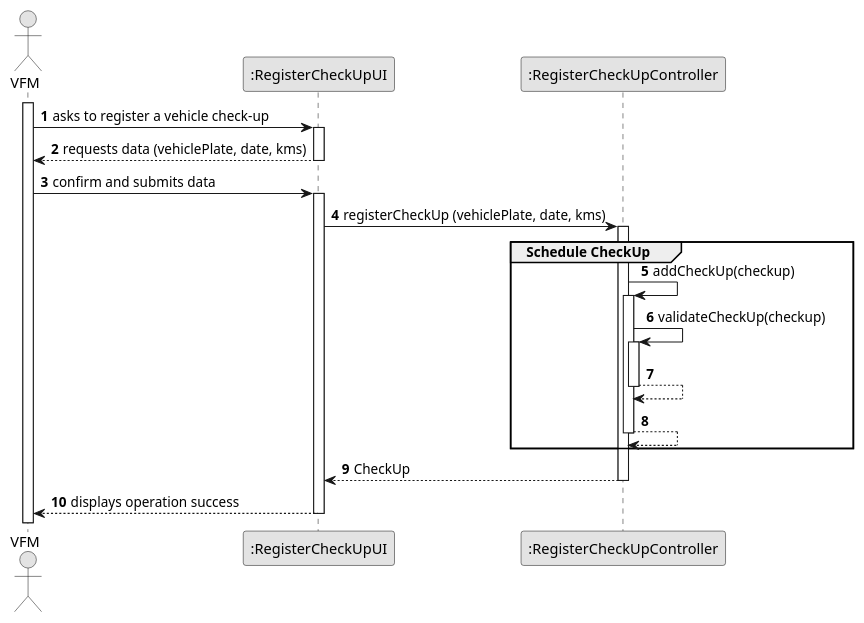
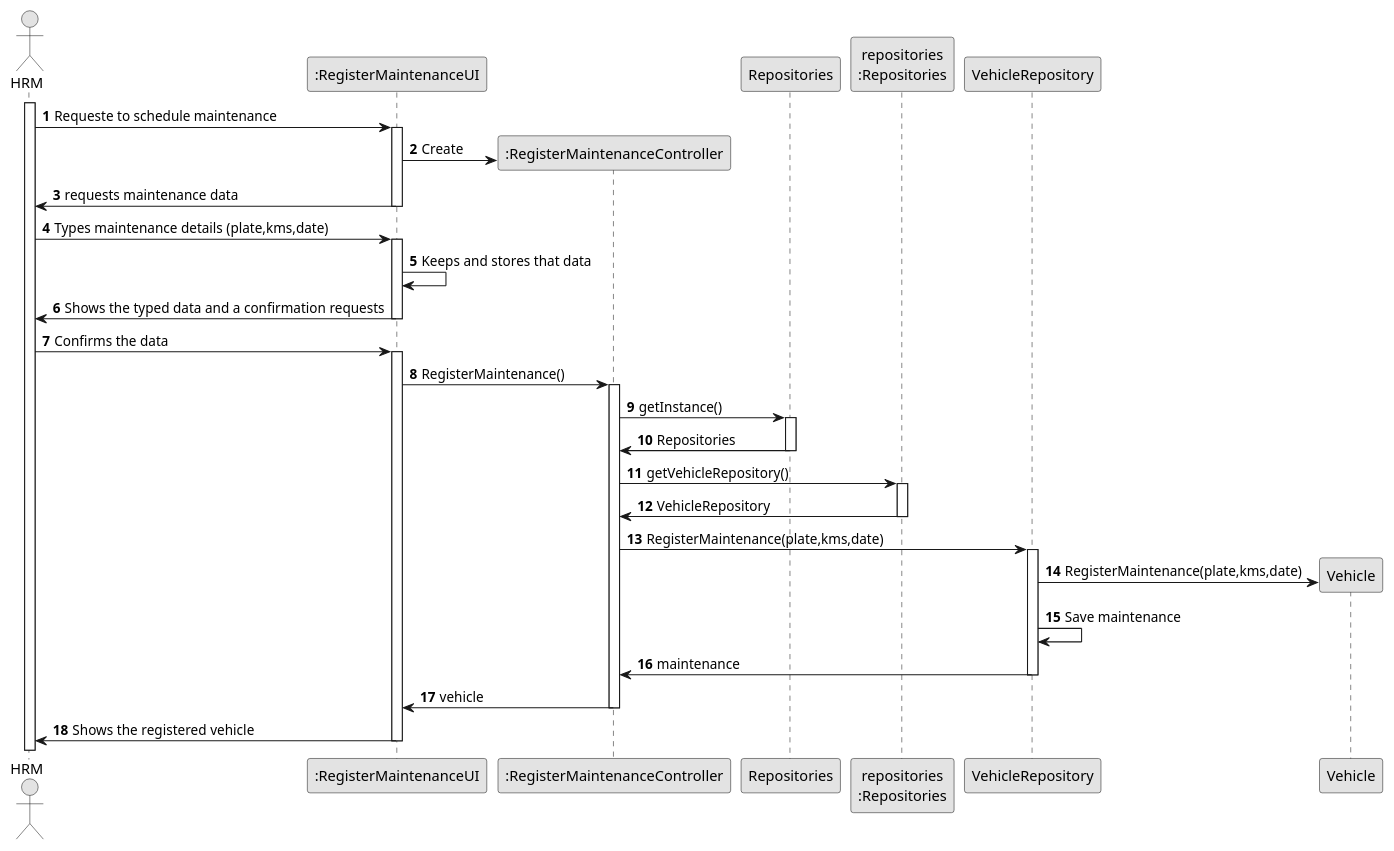
One commit to Departamento-de-Engenharia-Informatica/lei-24-s2-1dm-g132 changed the diagram in docs/sprintC/us007/03.design/puml/us007-sequence-diagram-full.puml. Above: the diagram before and after it, drawn with PlantUML. The commit also changed 52 other files, not shown here.

```diff
--- a/docs/sprintC/us007/03.design/puml/us007-sequence-diagram-full.puml
+++ b/docs/sprintC/us007/03.design/puml/us007-sequence-diagram-full.puml
@@ -1,50 +1,52 @@
 @startuml
 skinparam monochrome true
 skinparam packageStyle rectangle
 skinparam shadowing false
 
 autonumber
 
 'hide footbox
-actor "VFM" as VFM
-participant ":RegisterCheckUpUI" as UI
-participant ":RegisterCheckUpController" as CTRL
+actor "HRM" as USER
 
-activate VFM
+participant ":RegisterMaintenanceUI" as RegisterMaintenanceUI
+participant ":RegisterMaintenanceController" as RegisterMaintenanceController
+participant "Repositories" as Repositories
+participant "repositories\n:Repositories" as repRep
+participant "VehicleRepository" as VehicleRepository
 
-        VFM -> UI : asks to register a vehicle check-up
-activate UI
-
-        UI --> VFM : requests data (vehiclePlate, date, kms)
-         deactivate UI
-
-    VFM -> UI : confirm and submits data
-        activate UI
-
-                UI -> CTRL : registerCheckUp (vehiclePlate, date, kms)
-            activate CTRL
-    group Schedule CheckUp
-
-                                        CTRL -> CTRL: addCheckUp(checkup)
-
-                                                                           activate CTRL
-                                                                               CTRL -> CTRL: validateCheckUp(checkup)
-                                                                               activate CTRL
-                                                                                   CTRL --> CTRL
-                                                                               deactivate CTRL
-
-                                                                               CTRL --> CTRL
-                                                                               deactivate CTRL
-                                                                               end
-
-            CTRL --> UI : CheckUp
-            deactivate CTRL
-
-
-            UI --> VFM : displays operation success
-        deactivate UI
-
-
+activate USER
+USER -> RegisterMaintenanceUI : Requeste to schedule maintenance
+activate RegisterMaintenanceUI
+RegisterMaintenanceUI -> RegisterMaintenanceController** : Create
+RegisterMaintenanceUI -> USER : requests maintenance data
+deactivate RegisterMaintenanceUI
+USER -> RegisterMaintenanceUI : Types maintenance details (plate,kms,date)
+activate RegisterMaintenanceUI
+RegisterMaintenanceUI -> RegisterMaintenanceUI : Keeps and stores that data
+RegisterMaintenanceUI -> USER : Shows the typed data and a confirmation requests
+deactivate RegisterMaintenanceUI
+USER -> RegisterMaintenanceUI : Confirms the data
+activate RegisterMaintenanceUI
+RegisterMaintenanceUI -> RegisterMaintenanceController : RegisterMaintenance()
+activate RegisterMaintenanceController
+RegisterMaintenanceController -> Repositories : getInstance()
+activate Repositories
+Repositories -> RegisterMaintenanceController : Repositories
+deactivate Repositories
+RegisterMaintenanceController -> repRep : getVehicleRepository()
+activate repRep
+repRep -> RegisterMaintenanceController : VehicleRepository
+deactivate repRep
+RegisterMaintenanceController -> VehicleRepository: RegisterMaintenance(plate,kms,date)
+activate VehicleRepository
+VehicleRepository -> Vehicle** : RegisterMaintenance(plate,kms,date)
+VehicleRepository -> VehicleRepository : Save maintenance
+VehicleRepository -> RegisterMaintenanceController : maintenance
+deactivate VehicleRepository
+RegisterMaintenanceController -> RegisterMaintenanceUI : vehicle
+deactivate RegisterMaintenanceController
+RegisterMaintenanceUI -> USER : Shows the registered vehicle
+deactivate RegisterMaintenanceUI
 
 
 @enduml
```
